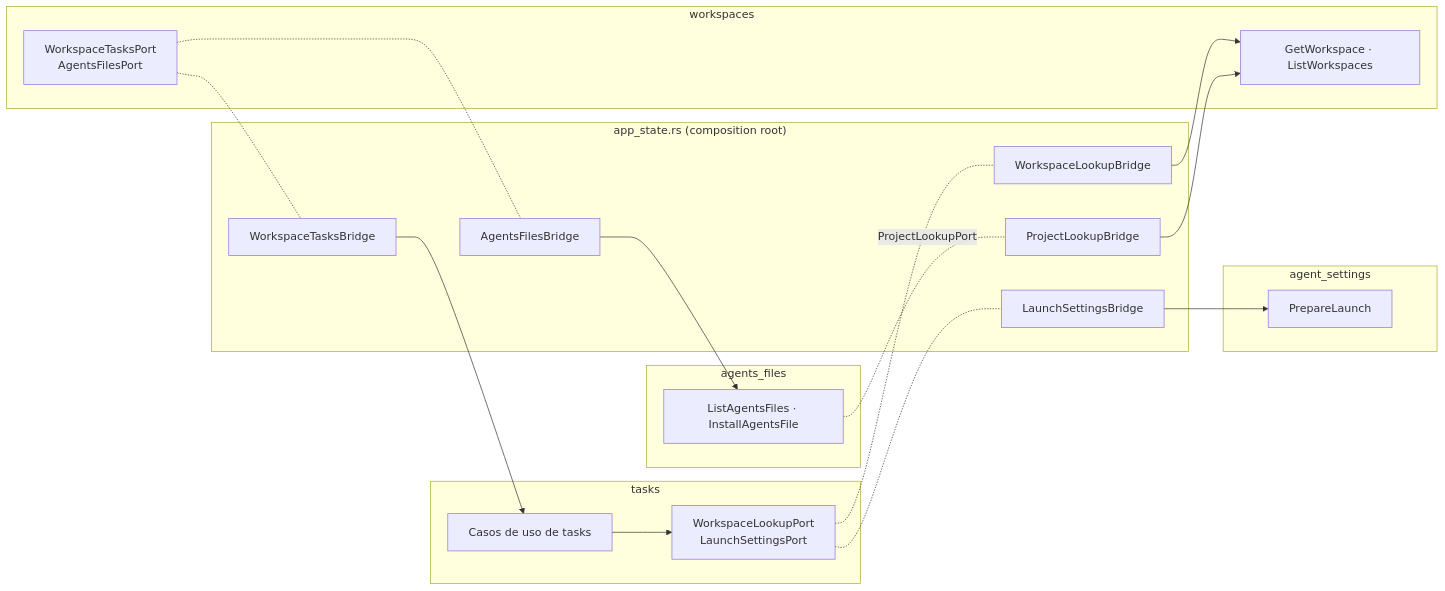
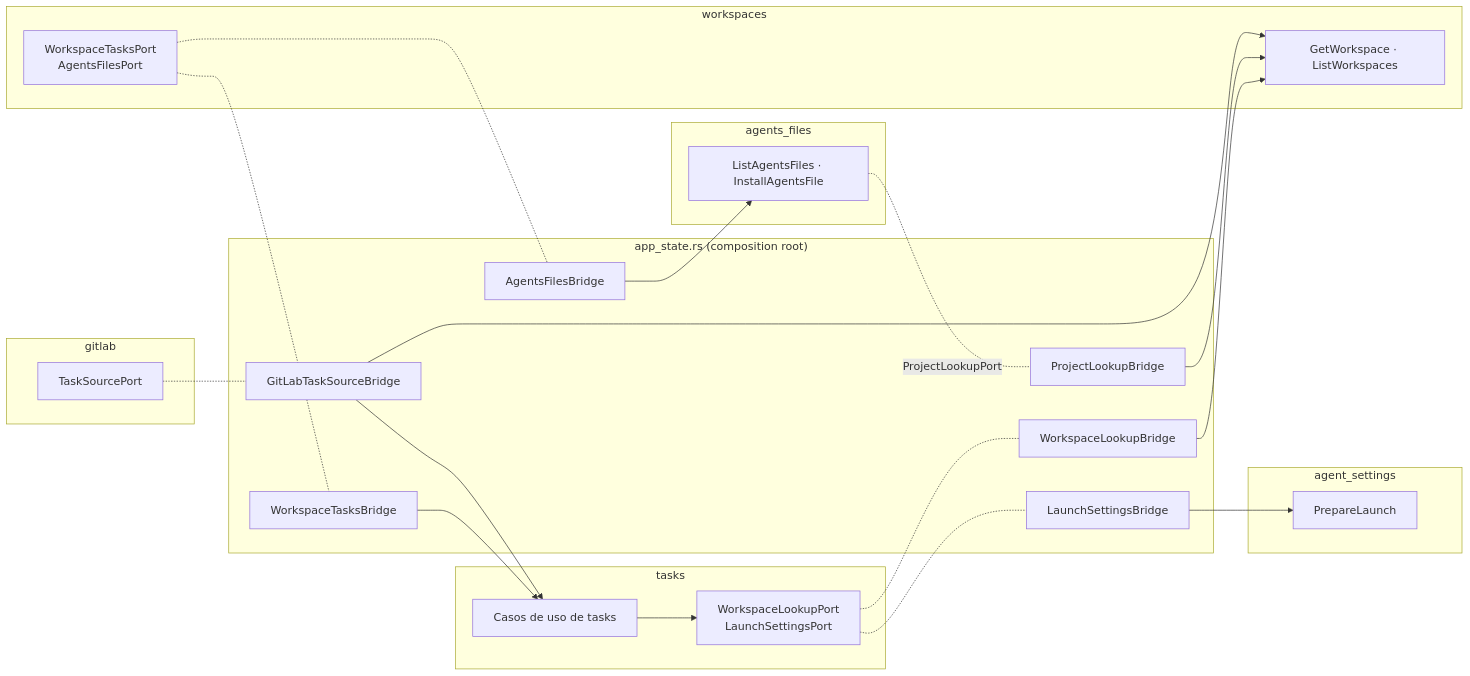
One commit to plopezm/iworkflow changed the sixth of 12 diagrams in ARCHITECTURE.md. Above: the diagram before and after it, drawn with Mermaid. The commit also changed other lines of this file and 1 other file, not shown here.

Commit message:
docs(gitlab): document GitLab integration in README and ARCHITECTURE

````diff
--- a/ARCHITECTURE.md
+++ b/ARCHITECTURE.md
@@ -354,28 +355,34 @@
 ```mermaid
 flowchart LR
     subgraph tasks
         TUC[Casos de uso de tasks] --> WLP["WorkspaceLookupPort<br/>LaunchSettingsPort"]
     end
     subgraph workspaces
         WUC[GetWorkspace · ListWorkspaces]
         WTP["WorkspaceTasksPort<br/>AgentsFilesPort"]
     end
     subgraph agent_settings
         PL[PrepareLaunch]
     end
     subgraph agents_files
         AF[ListAgentsFiles · InstallAgentsFile]
     end
+    subgraph gitlab
+        GL["TaskSourcePort"]
+    end
     subgraph "app_state.rs (composition root)"
         B1[WorkspaceLookupBridge]
         B2[LaunchSettingsBridge]
         B3[WorkspaceTasksBridge]
         B4[AgentsFilesBridge]
         B5[ProjectLookupBridge]
+        B6[GitLabTaskSourceBridge]
     end
     WLP -.- B1 --> WUC
     WLP -.- B2 --> PL
     WTP -.- B3 --> TUC
     WTP -.- B4 --> AF
     AF -. ProjectLookupPort .- B5 --> WUC
+    GL -.- B6 --> TUC
+    B6 --> WUC
 ```
````
